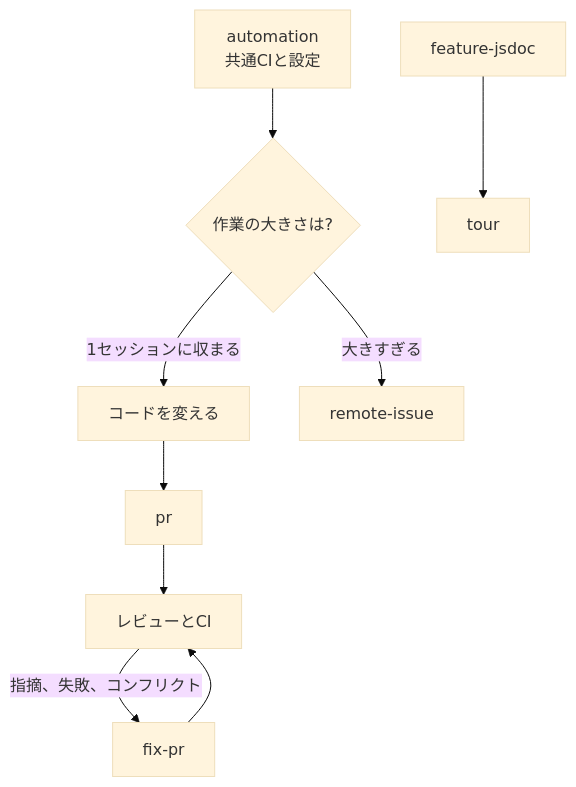
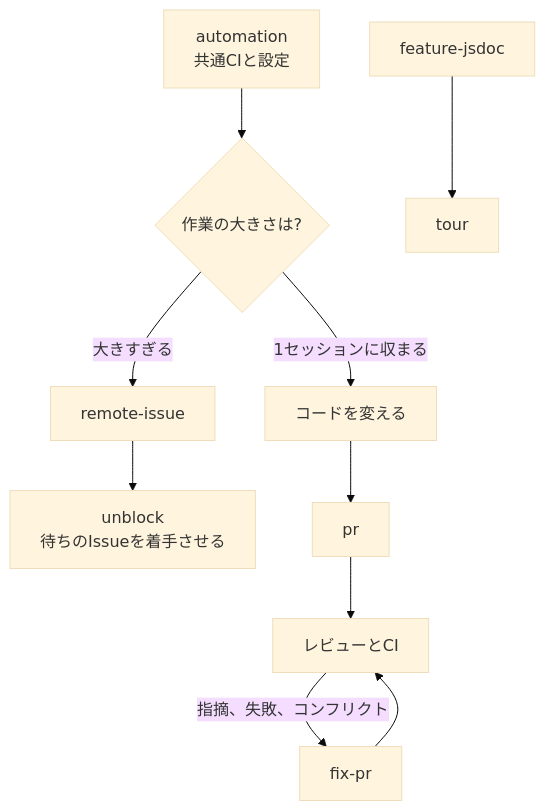
Before and after one commit to omni-stove/skill-kit: the diagram in domains/code/README.ja.md, drawn with Mermaid (base theme). The commit also changed other lines of this file and 12 other files, not shown here.

````diff
--- a/domains/code/README.ja.md
+++ b/domains/code/README.ja.md
@@ -8,12 +8,13 @@
 ```mermaid
 flowchart TD
   automation[automation<br/>共通CIと設定] --> work
   jsdoc[feature-jsdoc] --> tour[tour]
   work{作業の大きさは?}
   work -- "1セッションに収まる" --> change[コードを変える]
   work -- "大きすぎる" --> issue[remote-issue]
+  issue --> unblock[unblock<br/>待ちのIssueを着手させる]
   change --> pr[pr]
   pr --> review[レビューとCI]
   review -- "指摘、失敗、コンフリクト" --> fixpr[fix-pr]
   fixpr --> review
 ```
````
